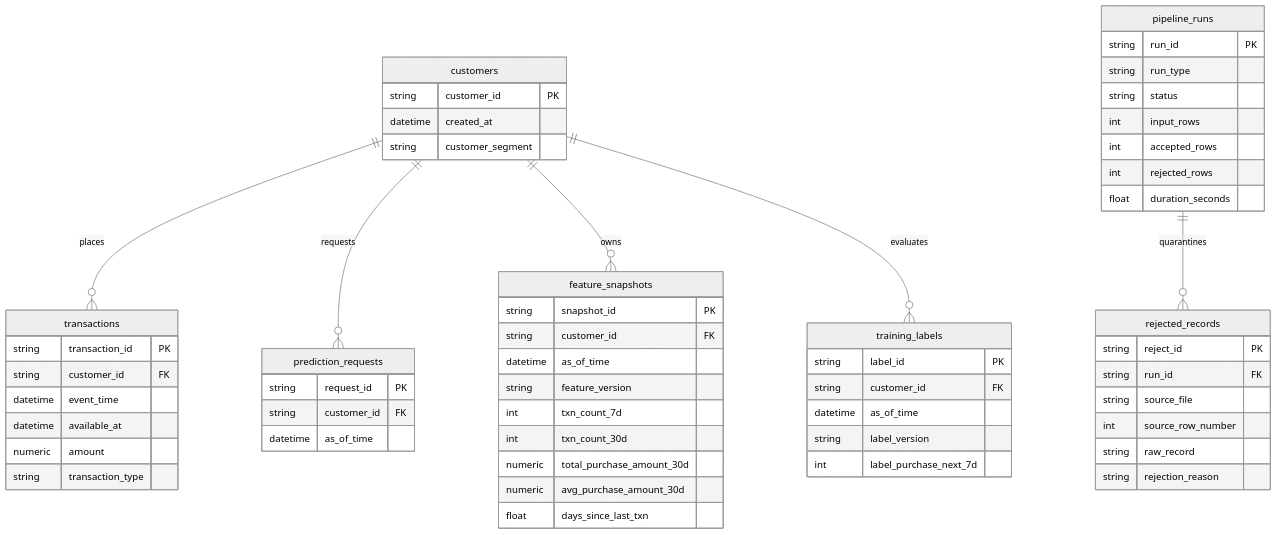
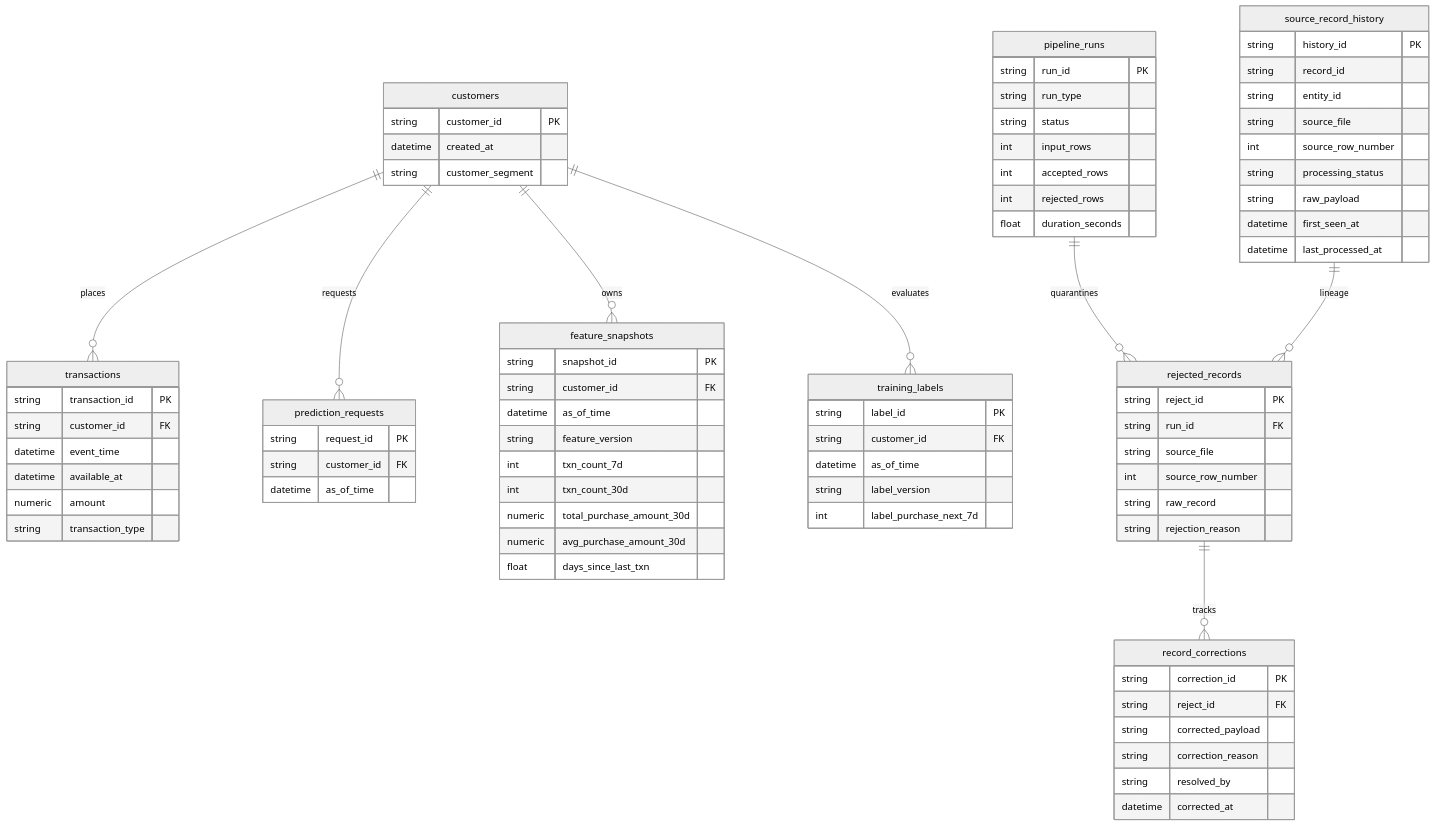
Before and after one commit to hamid-razak-khan/timesafe-feature-pipeline: the second of 2 diagrams in README.md, drawn with Mermaid (neutral theme). The commit also changed other lines of this file and 4 other files, not shown here.

````diff
--- a/README.md
+++ b/README.md
@@ -498,6 +745,8 @@
     customers ||--o{ feature_snapshots : "owns"
     customers ||--o{ training_labels : "evaluates"
     pipeline_runs ||--o{ rejected_records : "quarantines"
+    rejected_records ||--o{ record_corrections : "tracks"
+    source_record_history ||--o{ rejected_records : "lineage"
 
     customers {
         string customer_id PK
@@ -558,4 +807,25 @@
         string raw_record
         string rejection_reason
     }
+
+    source_record_history {
+        string history_id PK
+        string record_id
+        string entity_id
+        string source_file
+        int source_row_number
+        string processing_status
+        string raw_payload
+        datetime first_seen_at
+        datetime last_processed_at
+    }
+
+    record_corrections {
+        string correction_id PK
+        string reject_id FK
+        string corrected_payload
+        string correction_reason
+        string resolved_by
+        datetime corrected_at
+    }
 ```
````
